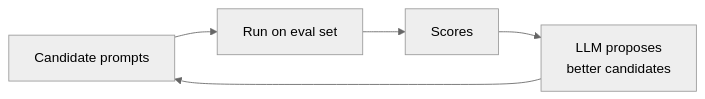
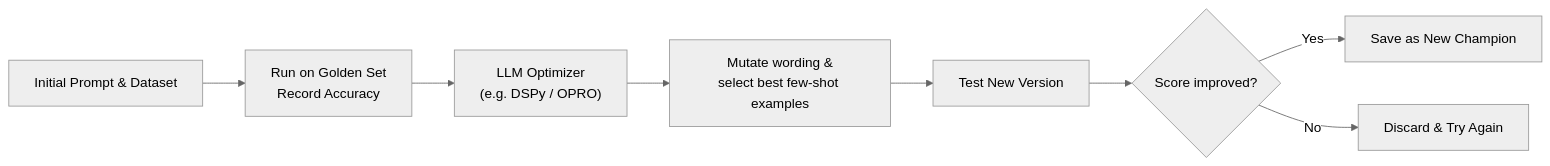
Before and after one commit to ABVicky/Prompt-Engineering-by-Vicky: the first of 2 diagrams in modules/17-becoming-a-pro.md, drawn with Mermaid (neutral theme). The commit also changed other lines of this file and 19 other files, not shown here.

````diff
--- a/modules/17-becoming-a-pro.md
+++ b/modules/17-becoming-a-pro.md
@@ -66,4 +91,10 @@
 ```mermaid
 flowchart LR
-    P["Candidate prompts"] --> E["Run on eval set"] --> S["Scores"] --> G["LLM proposes<br/>better candidates"] --> P
+    Seed["Initial Prompt & Dataset"] --> Eval["Run on Golden Set<br/>Record Accuracy"]
+    Eval --> Optimizer["LLM Optimizer<br/>(e.g. DSPy / OPRO)"]
+    Optimizer --> Mutate["Mutate wording &<br/>select best few-shot examples"]
+    Mutate --> ReEval["Test New Version"]
+    ReEval --> Keep{"Score improved?"}
+    Keep -->|Yes| Save["Save as New Champion"]
+    Keep -->|No| Discard["Discard & Try Again"]
 ```
````
